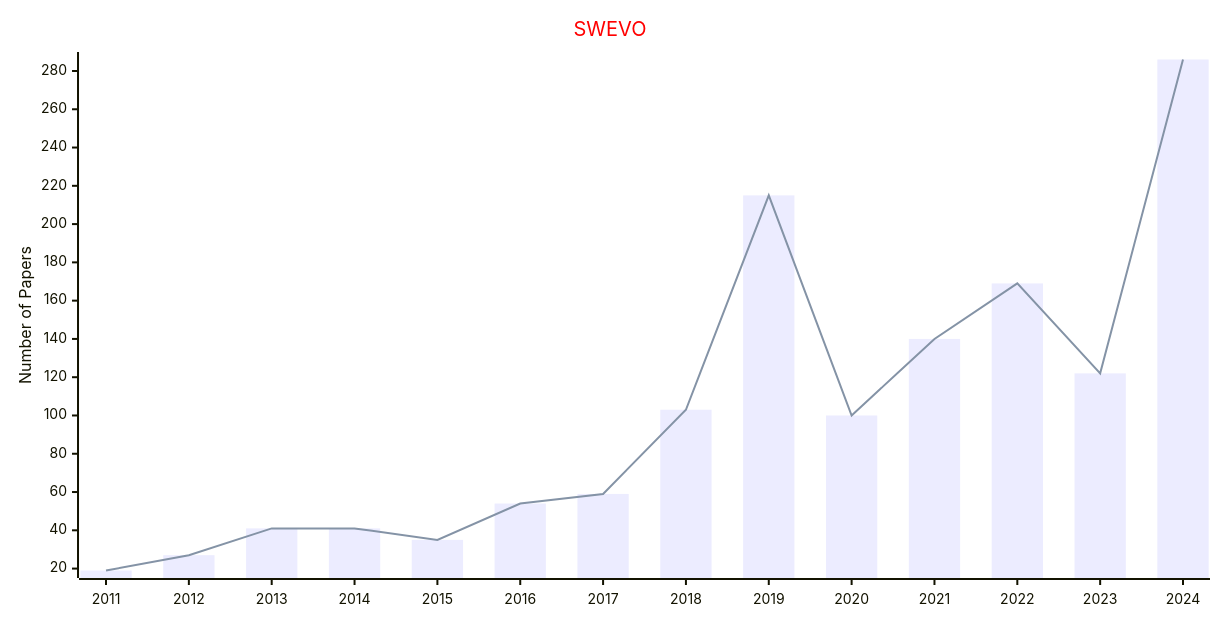
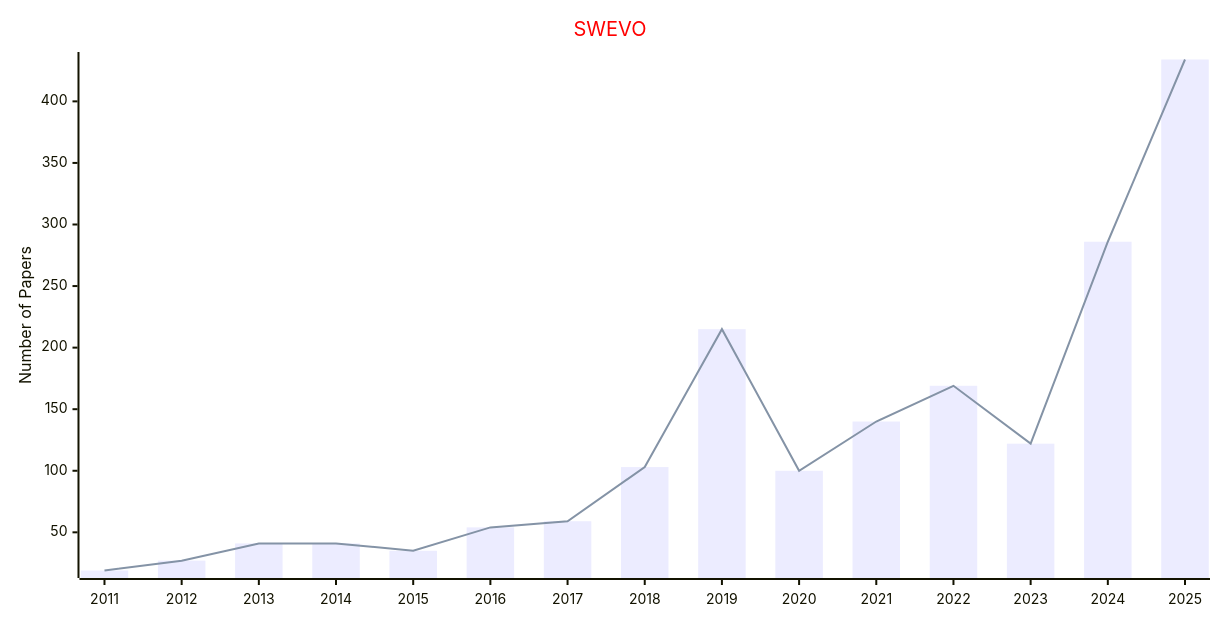
One commit to Easy-PhD/AILinks changed the first of 4 diagrams in docs/data/Journals/Statistics_Journals/Swarm_Intelligence.md. Above: the diagram before and after it, drawn with Mermaid. The commit also changed other lines of this file and 107 other files, not shown here.

````diff
--- a/docs/data/Journals/Statistics_Journals/Swarm_Intelligence.md
+++ b/docs/data/Journals/Statistics_Journals/Swarm_Intelligence.md
@@ -9,17 +9,17 @@
 ```mermaid
 ---
 config:
     xyChart:
         width: 1200
         height: 600
     themeVariables:
         xyChart:
             titleColor: "#ff0000"
 ---
 xychart-beta
     title "SWEVO"
-    x-axis [2011, 2012, 2013, 2014, 2015, 2016, 2017, 2018, 2019, 2020, 2021, 2022, 2023, 2024]
+    x-axis [2011, 2012, 2013, 2014, 2015, 2016, 2017, 2018, 2019, 2020, 2021, 2022, 2023, 2024, 2025]
     y-axis "Number of Papers"
-    bar [19, 27, 41, 41, 35, 54, 59, 103, 215, 100, 140, 169, 122, 286]
-    line [19, 27, 41, 41, 35, 54, 59, 103, 215, 100, 140, 169, 122, 286]
+    bar [19, 27, 41, 41, 35, 54, 59, 103, 215, 100, 140, 169, 122, 286, 434]
+    line [19, 27, 41, 41, 35, 54, 59, 103, 215, 100, 140, 169, 122, 286, 434]
 ```
````
